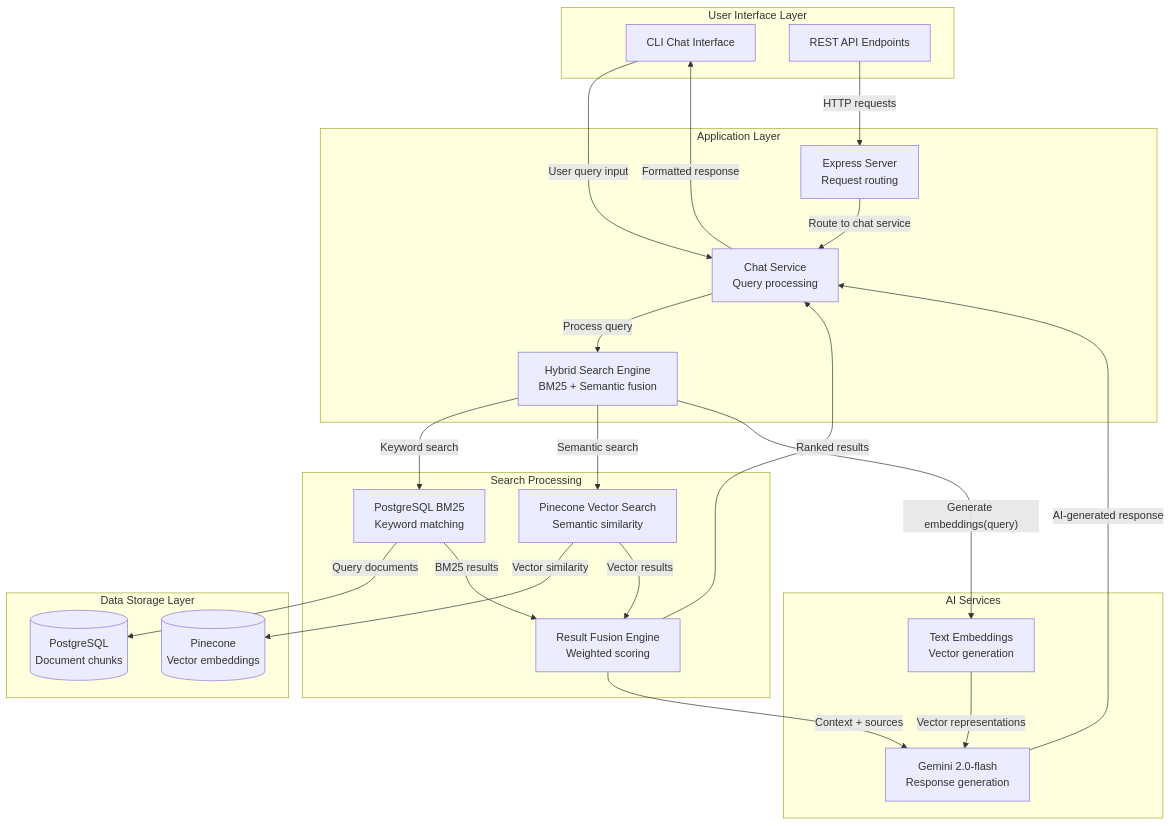
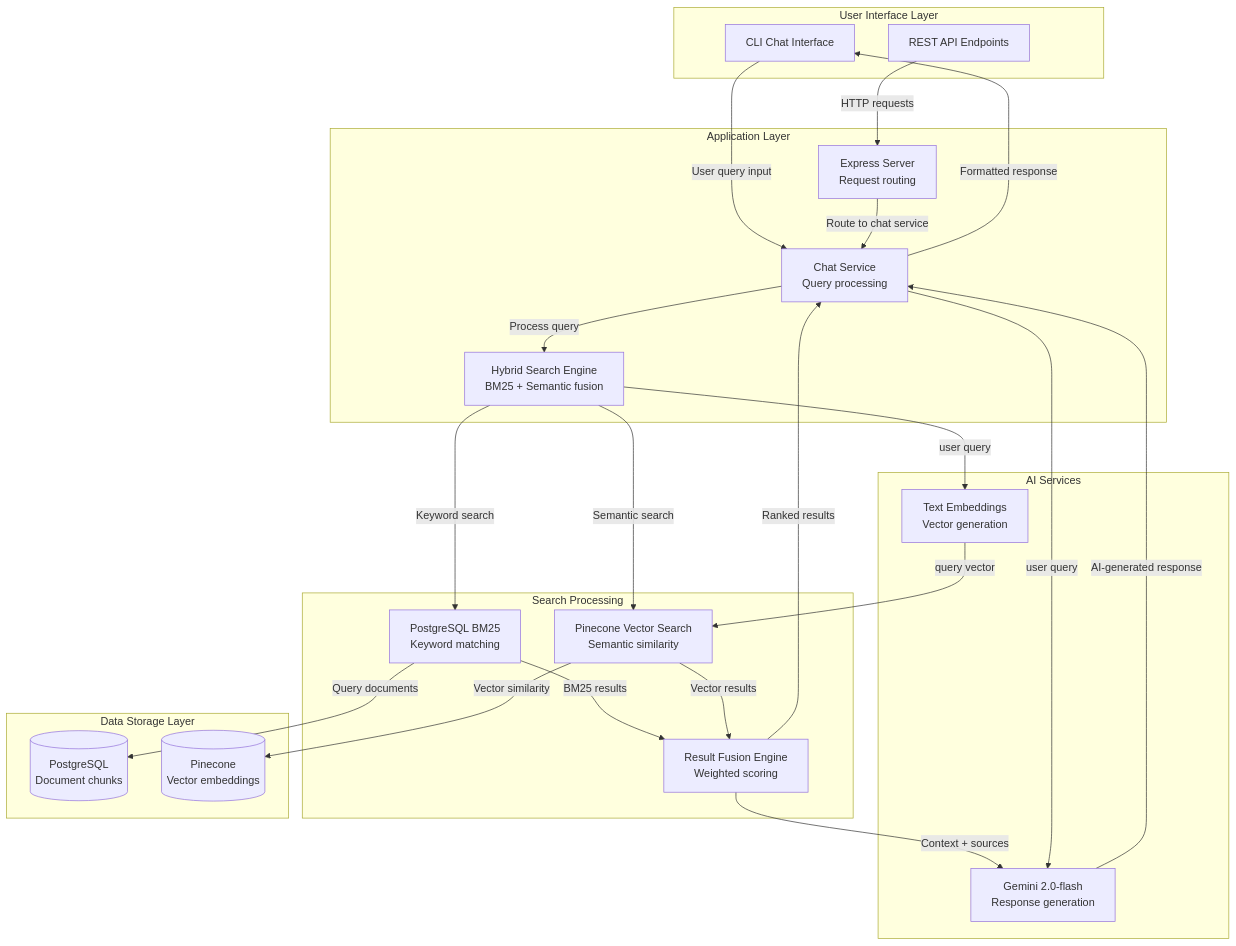
The first of 2 diagrams in PBL4/StripeCustomerSupportAgent/Backend/README.md (TEJ-Fellowship/pbl), drawn with Mermaid before and after one commit.

Commit message:
chore: update system design documentation

````diff
--- a/PBL4/StripeCustomerSupportAgent/Backend/README.md
+++ b/PBL4/StripeCustomerSupportAgent/Backend/README.md
@@ -23,53 +23,54 @@
 ```mermaid
 graph TB
     subgraph "User Interface Layer"
         CLI["CLI Chat Interface"]
         API["REST API Endpoints"]
     end
 
     subgraph "Application Layer"
         CHAT["Chat Service<br/>Query processing"]
         SEARCH["Hybrid Search Engine<br/>BM25 + Semantic fusion"]
         SERVER["Express Server<br/>Request routing"]
     end
 
     subgraph "Search Processing"
         BM25["PostgreSQL BM25<br/>Keyword matching"]
         VECTOR["Pinecone Vector Search<br/>Semantic similarity"]
         FUSION["Result Fusion Engine<br/>Weighted scoring"]
     end
 
     subgraph "AI Services"
         GEMINI["Gemini 2.0-flash<br/>Response generation"]
         EMBEDDINGS["Text Embeddings<br/>Vector generation"]
     end
 
     subgraph "Data Storage Layer"
         POSTGRES[("PostgreSQL<br/>Document chunks")]
         PINECONE[("Pinecone<br/>Vector embeddings")]
     end
 
     %% User interaction flow
     CLI -->|"User query input"| CHAT
     API -->|"HTTP requests"| SERVER
     SERVER -->|"Route to chat service"| CHAT
     CHAT -->|"Formatted response"| CLI
 
     %% Search orchestration
     CHAT -->|"Process query"| SEARCH
     SEARCH -->|"Keyword search"| BM25
     SEARCH -->|"Semantic search"| VECTOR
     BM25 -->|"Query documents"| POSTGRES
     VECTOR -->|"Vector similarity"| PINECONE
 
     %% Result processing
     BM25 -->|"BM25 results"| FUSION
     VECTOR -->|"Vector results"| FUSION
     FUSION -->|"Ranked results"| CHAT
     FUSION -->|"Context + sources"| GEMINI
 
     %% AI response generation
     GEMINI -->|"AI-generated response"| CHAT
-    SEARCH -->|"Generate embeddings(query)"| EMBEDDINGS
-    EMBEDDINGS -->|"Vector representations"| GEMINI
+    CHAT -->|"user query"| GEMINI
+    SEARCH -->|"user query"| EMBEDDINGS
+    EMBEDDINGS -->|"query vector"| VECTOR
 ```
````
